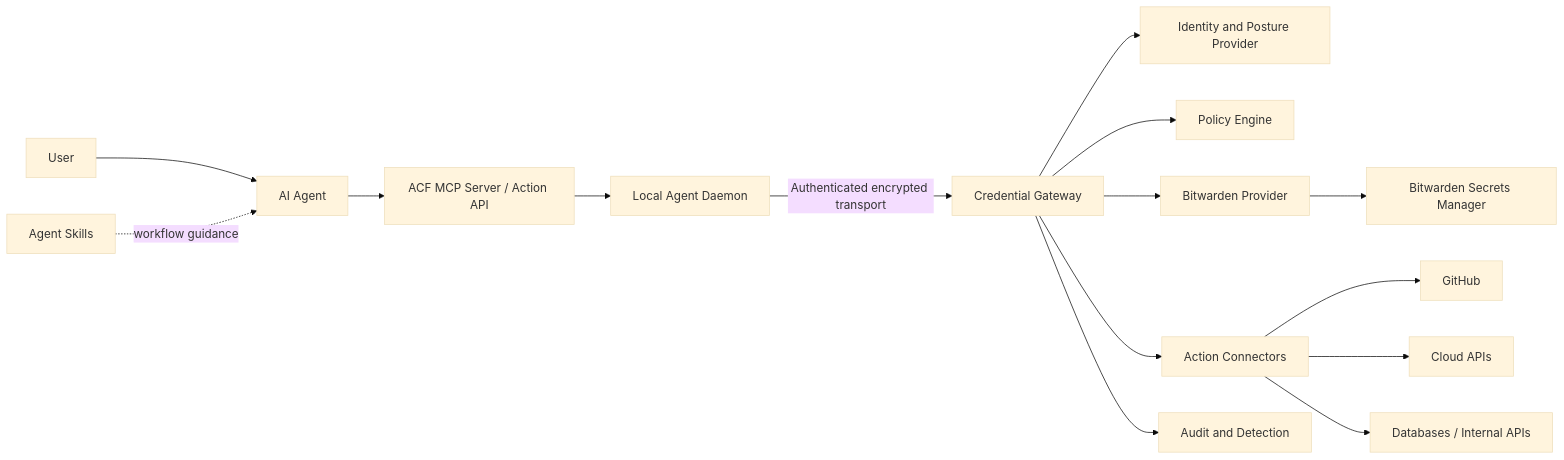
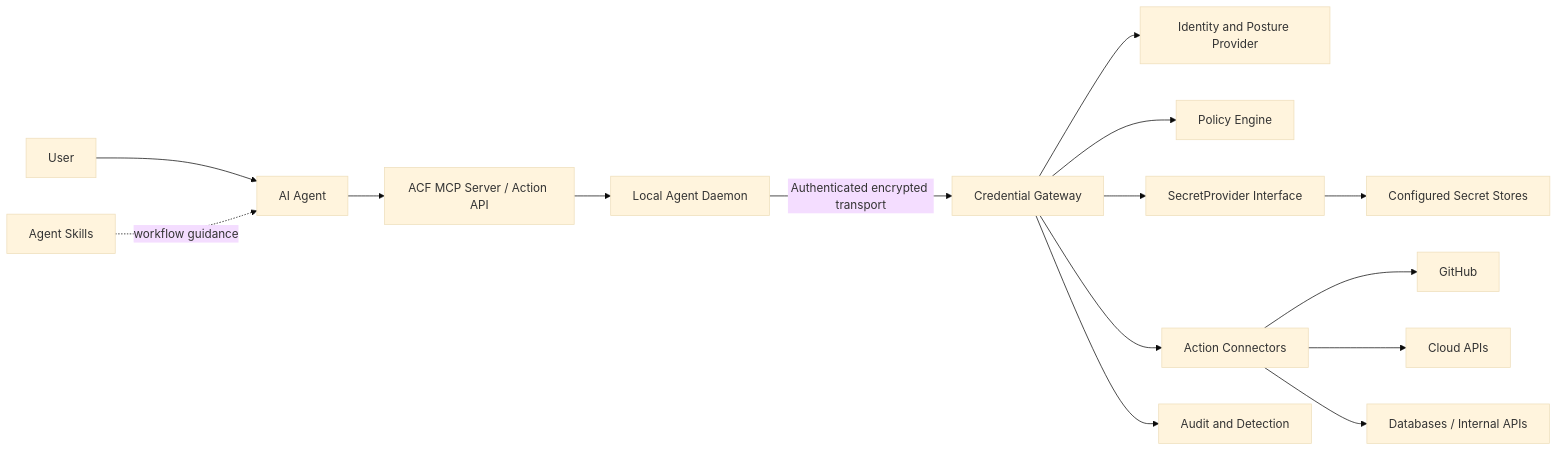
One commit to carloscn/agent-credential-firewall changed the first of 2 diagrams in docs/design.md. Above: the diagram before and after it, drawn with Mermaid (base theme). The commit also changed other lines of this file and 7 other files, not shown here.

Commit message:
docs: make secret storage provider-neutral

````diff
--- a/docs/design.md
+++ b/docs/design.md
@@ -98,17 +98,17 @@
 ```mermaid
 flowchart LR
     U[User] --> A[AI Agent]
     S[Agent Skills] -. workflow guidance .-> A
     A --> M[ACF MCP Server / Action API]
     M --> D[Local Agent Daemon]
     D -->|Authenticated encrypted transport| G[Credential Gateway]
     G --> I[Identity and Posture Provider]
     G --> P[Policy Engine]
-    G --> B[Bitwarden Provider]
-    B --> BW[Bitwarden Secrets Manager]
+    G --> SP[SecretProvider Interface]
+    SP --> SS[Configured Secret Stores]
     G --> X[Action Connectors]
     X --> GH[GitHub]
     X --> C[Cloud APIs]
     X --> DB[Databases / Internal APIs]
     G --> E[Audit and Detection]
 ```
````
